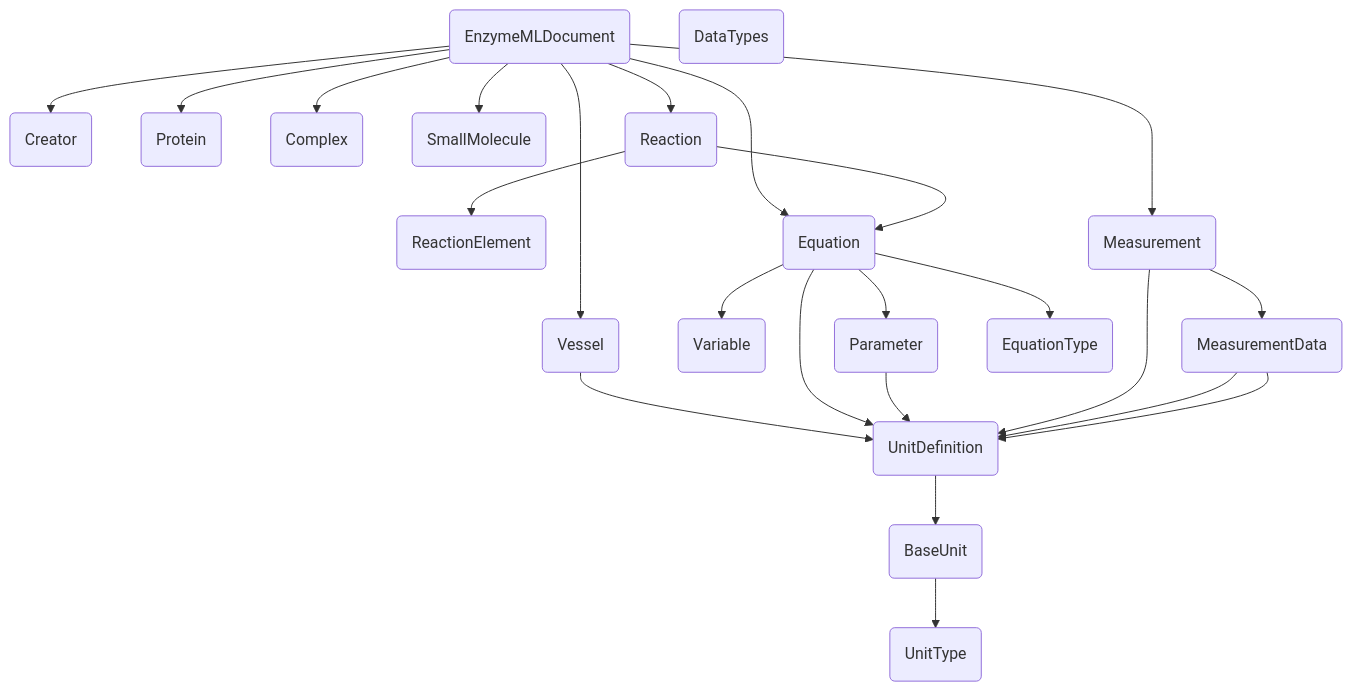
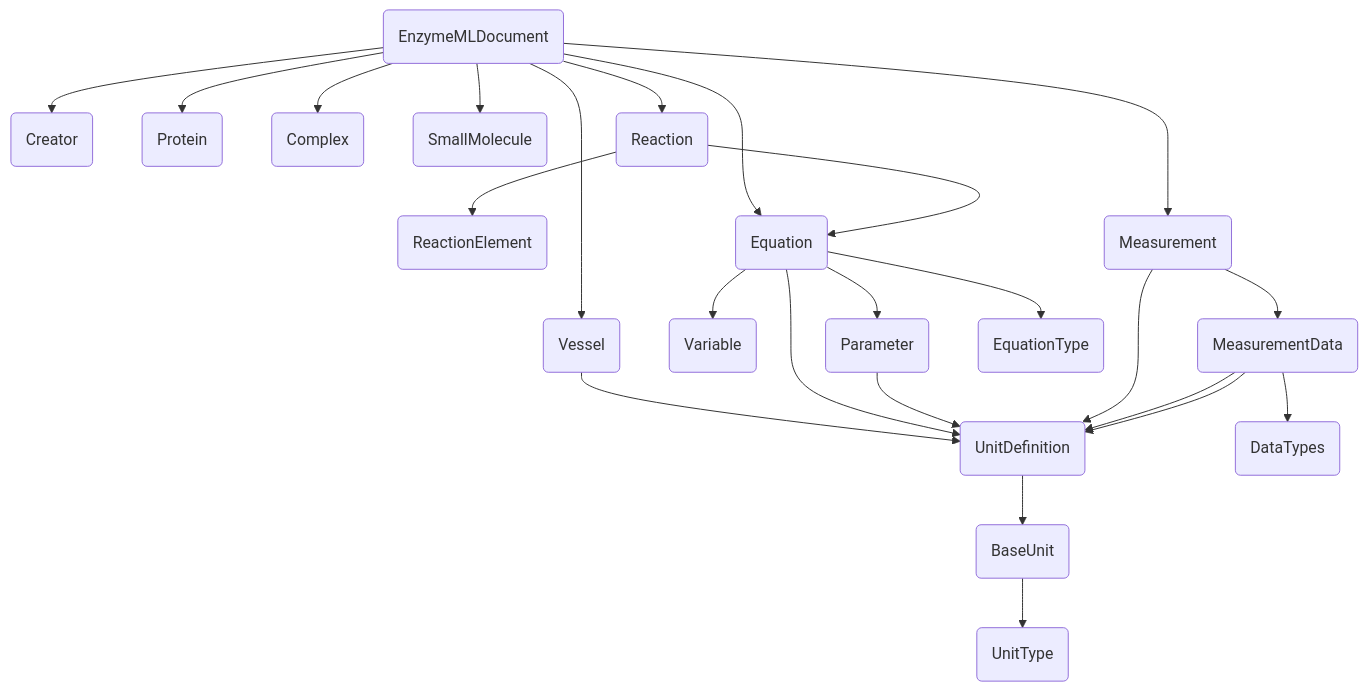
One commit to EnzymeML/enzymeml-specifications changed the diagram in docs/model.md. Above: the diagram before and after it, drawn with Mermaid. The commit also changed other lines of this file and 6 other files, not shown here.

````diff
--- a/docs/model.md
+++ b/docs/model.md
@@ -11,62 +11,63 @@
     ``` mermaid
     flowchart TB
         enzymemldocument(EnzymeMLDocument)
         creator(Creator)
         vessel(Vessel)
         protein(Protein)
         complex(Complex)
         smallmolecule(SmallMolecule)
         reaction(Reaction)
         reactionelement(ReactionElement)
         equation(Equation)
         variable(Variable)
         parameter(Parameter)
         measurement(Measurement)
         measurementdata(MeasurementData)
         unitdefinition(UnitDefinition)
         baseunit(BaseUnit)
         equationtype(EquationType)
         datatypes(DataTypes)
         unittype(UnitType)
         enzymemldocument(EnzymeMLDocument) --> creator(Creator)
         enzymemldocument(EnzymeMLDocument) --> vessel(Vessel)
         enzymemldocument(EnzymeMLDocument) --> protein(Protein)
         enzymemldocument(EnzymeMLDocument) --> complex(Complex)
         enzymemldocument(EnzymeMLDocument) --> smallmolecule(SmallMolecule)
         enzymemldocument(EnzymeMLDocument) --> reaction(Reaction)
         enzymemldocument(EnzymeMLDocument) --> measurement(Measurement)
         enzymemldocument(EnzymeMLDocument) --> equation(Equation)
         vessel(Vessel) --> unitdefinition(UnitDefinition)
         reaction(Reaction) --> equation(Equation)
         reaction(Reaction) --> reactionelement(ReactionElement)
         equation(Equation) --> unitdefinition(UnitDefinition)
         equation(Equation) --> equationtype(EquationType)
         equation(Equation) --> variable(Variable)
         equation(Equation) --> parameter(Parameter)
         parameter(Parameter) --> unitdefinition(UnitDefinition)
         measurement(Measurement) --> measurementdata(MeasurementData)
         measurement(Measurement) --> unitdefinition(UnitDefinition)
         measurementdata(MeasurementData) --> unitdefinition(UnitDefinition)
         measurementdata(MeasurementData) --> unitdefinition(UnitDefinition)
+        measurementdata(MeasurementData) --> datatypes(DataTypes)
         unitdefinition(UnitDefinition) --> baseunit(BaseUnit)
         baseunit(BaseUnit) --> unittype(UnitType)
 
         click enzymemldocument "#enzymemldocument" "Go to EnzymeMLDocument"
         click creator "#creator" "Go to Creator"
         click vessel "#vessel" "Go to Vessel"
         click protein "#protein" "Go to Protein"
         click complex "#complex" "Go to Complex"
         click smallmolecule "#smallmolecule" "Go to SmallMolecule"
         click reaction "#reaction" "Go to Reaction"
         click reactionelement "#reactionelement" "Go to ReactionElement"
         click equation "#equation" "Go to Equation"
         click variable "#variable" "Go to Variable"
         click parameter "#parameter" "Go to Parameter"
         click measurement "#measurement" "Go to Measurement"
         click measurementdata "#measurementdata" "Go to MeasurementData"
         click unitdefinition "#unitdefinition" "Go to UnitDefinition"
         click baseunit "#baseunit" "Go to BaseUnit"
         click equationtype "#equationtype" "Go to EquationType"
         click datatypes "#datatypes" "Go to DataTypes"
         click unittype "#unittype" "Go to UnitType"
     ```
````
